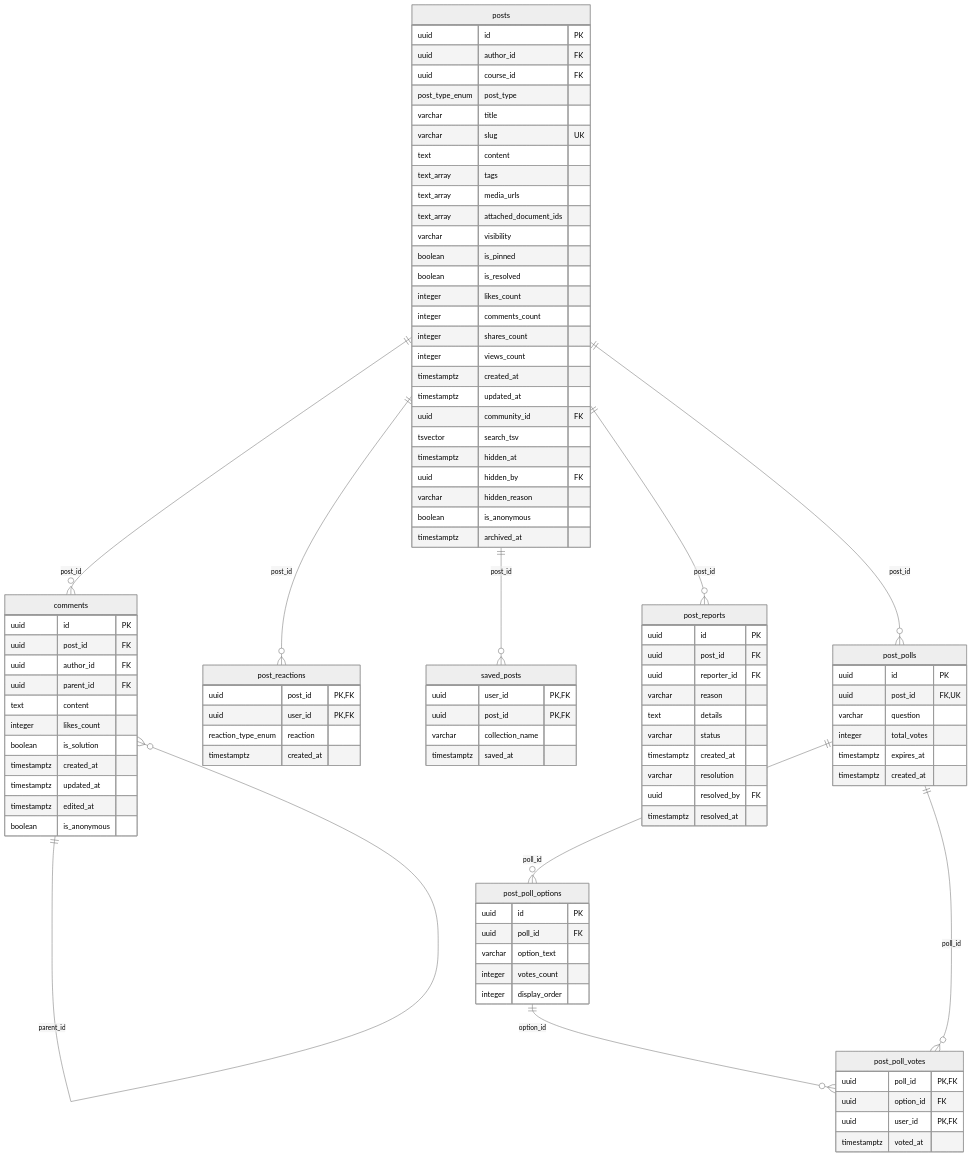
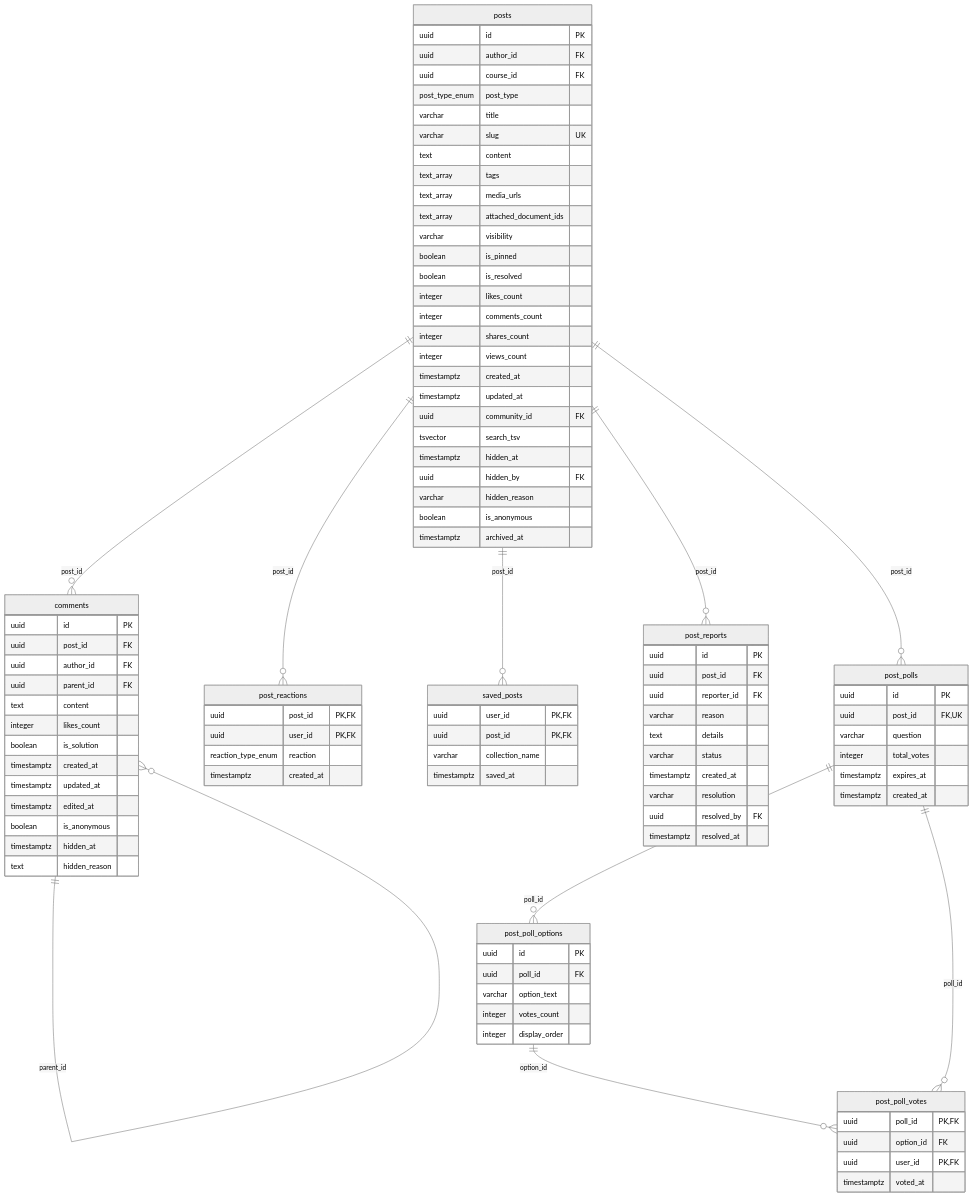
One commit to nhatcoi/pu-connect changed the third of 7 diagrams in docs/diagrams/04-erd.md. Above: the diagram before and after it, drawn with Mermaid (neutral theme). The commit also changed other lines of this file and 19 other files, not shown here.

```diff
--- a/docs/diagrams/04-erd.md
+++ b/docs/diagrams/04-erd.md
@@ -300,6 +310,8 @@
     timestamptz updated_at
     timestamptz edited_at
     boolean is_anonymous
+    timestamptz hidden_at
+    text hidden_reason
   }
   post_reactions {
     uuid post_id PK,FK
```
